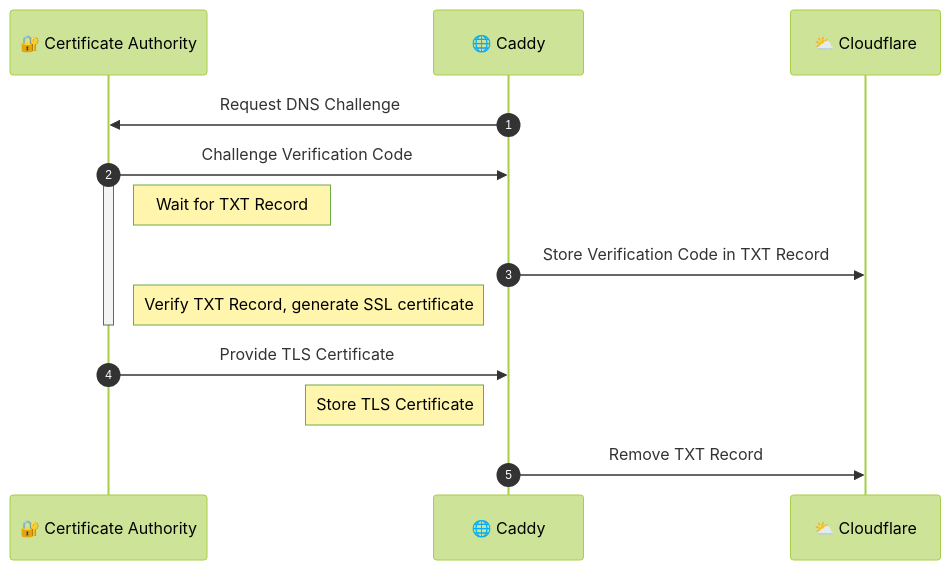
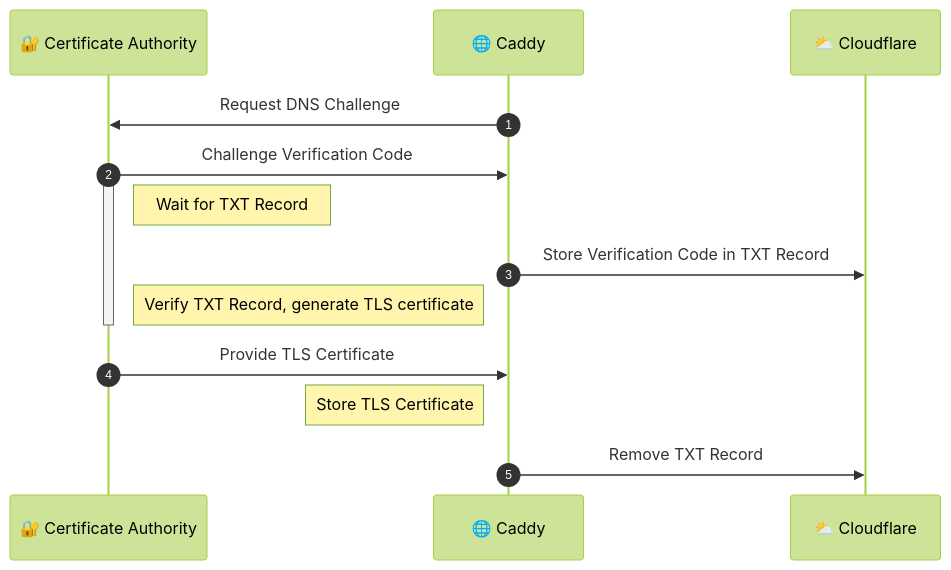
The diagram in src/assets/blog/2023-06-08-https-behind-vpn/ExampleUseCaseDiagram.mermaid (iksaku/jorgeglz.io), drawn with Mermaid (forest theme) before and after one commit. The commit also changed 1 other file, not shown here.

Commit message:
post(https-behind-vpn): SSL->TLS again

```diff
--- a/src/assets/blog/2023-06-08-https-behind-vpn/ExampleUseCaseDiagram.mermaid
+++ b/src/assets/blog/2023-06-08-https-behind-vpn/ExampleUseCaseDiagram.mermaid
@@ -1,19 +1,19 @@
 sequenceDiagram
   autonumber
   participant ca as 🔐 Certificate Authority
   participant caddy as 🌐 Caddy
   participant cf as ⛅ Cloudflare
 
   caddy->>ca: Request DNS Challenge
   ca->>caddy: Challenge Verification Code
   activate ca
   note right of ca: Wait for TXT Record
 
   caddy->>cf: Store Verification Code in TXT Record
 
-  note right of ca: Verify TXT Record, generate SSL certificate
+  note right of ca: Verify TXT Record, generate TLS certificate
   deactivate ca
   ca->>caddy: Provide TLS Certificate
   note left of caddy: Store TLS Certificate
 
   caddy->>cf: Remove TXT Record
```
